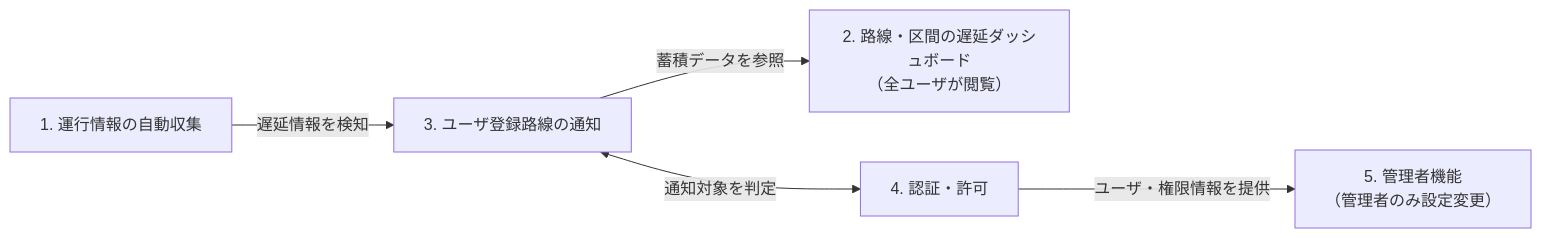
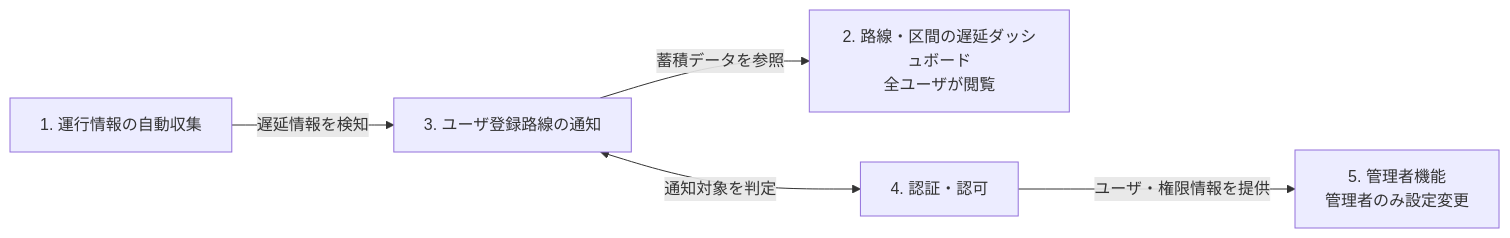
The first of 2 diagrams in README.alpha.md (nagaissue/trafic-radar), drawn with Mermaid before and after one commit. The commit also changed other lines of this file, not shown here.

````diff
--- a/README.alpha.md
+++ b/README.alpha.md
@@ -214,7 +211,7 @@
 ```mermaid
 graph LR
   A[1. 運行情報の自動収集] -- 遅延情報を検知 --> C[3. ユーザ登録路線の通知]
-  C -- 蓄積データを参照 --> B[2. 路線・区間の遅延ダッシュボード<br>（全ユーザが閲覧）]
-  C <-- 通知対象を判定 --> D[4. 認証・許可]
-  D -- ユーザ・権限情報を提供 --> E[5. 管理者機能<br>（管理者のみ設定変更）]
+  C -- 蓄積データを参照 --> B[2. 路線・区間の遅延ダッシュボード<br>全ユーザが閲覧]
+  C <-- 通知対象を判定 --> D[4. 認証・認可]
+  D -- ユーザ・権限情報を提供 --> E[5. 管理者機能<br>管理者のみ設定変更]
 ```
````
